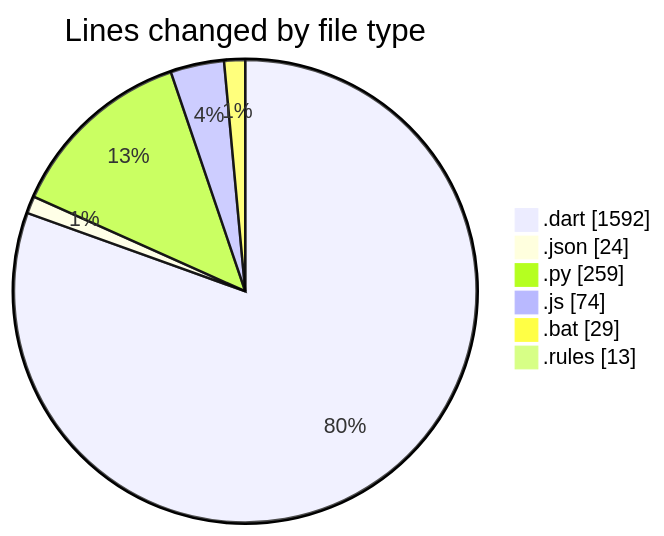
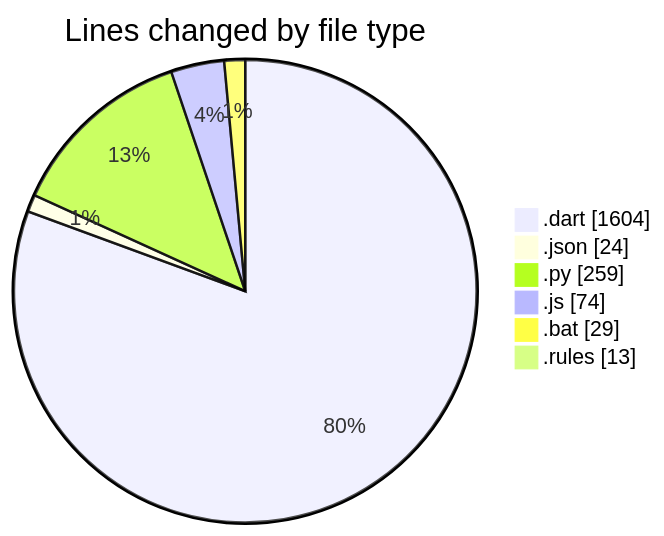
One commit to lephambinh05/code-tracking changed the first of 2 diagrams in 2025-08-04/studybuddy/README.md. Above: the diagram before and after it, drawn with Mermaid. The commit also changed other lines of this file and 1 other file, not shown here.

````diff
--- a/2025-08-04/studybuddy/README.md
+++ b/2025-08-04/studybuddy/README.md
@@ -42,10 +42,10 @@
 ```mermaid
 pie showData
 title Lines changed by file type
-".dart" : 1592
+".dart" : 1604
 ".json" : 24
 ".py" : 259
 ".js" : 74
 ".bat" : 29
 ".rules" : 13
 ```
````
